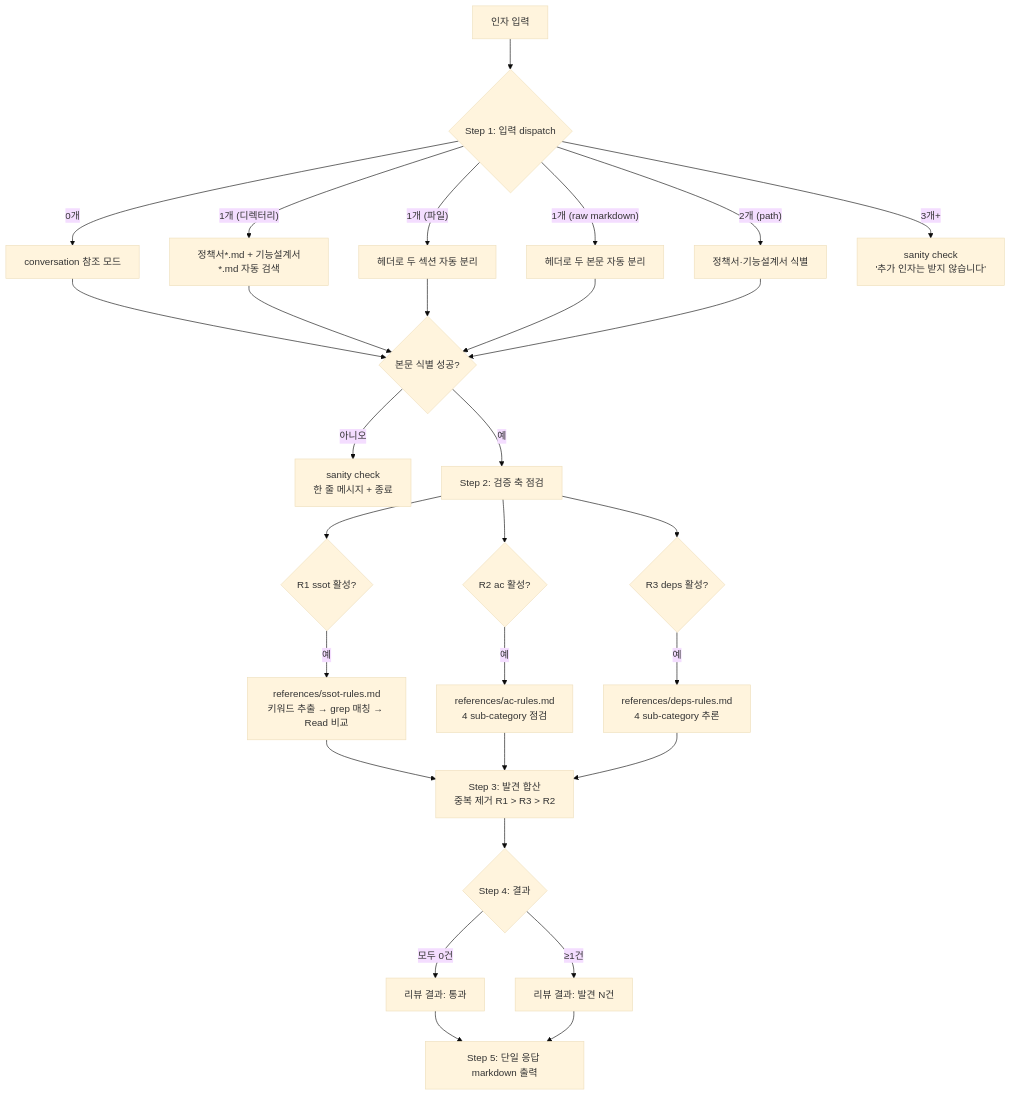
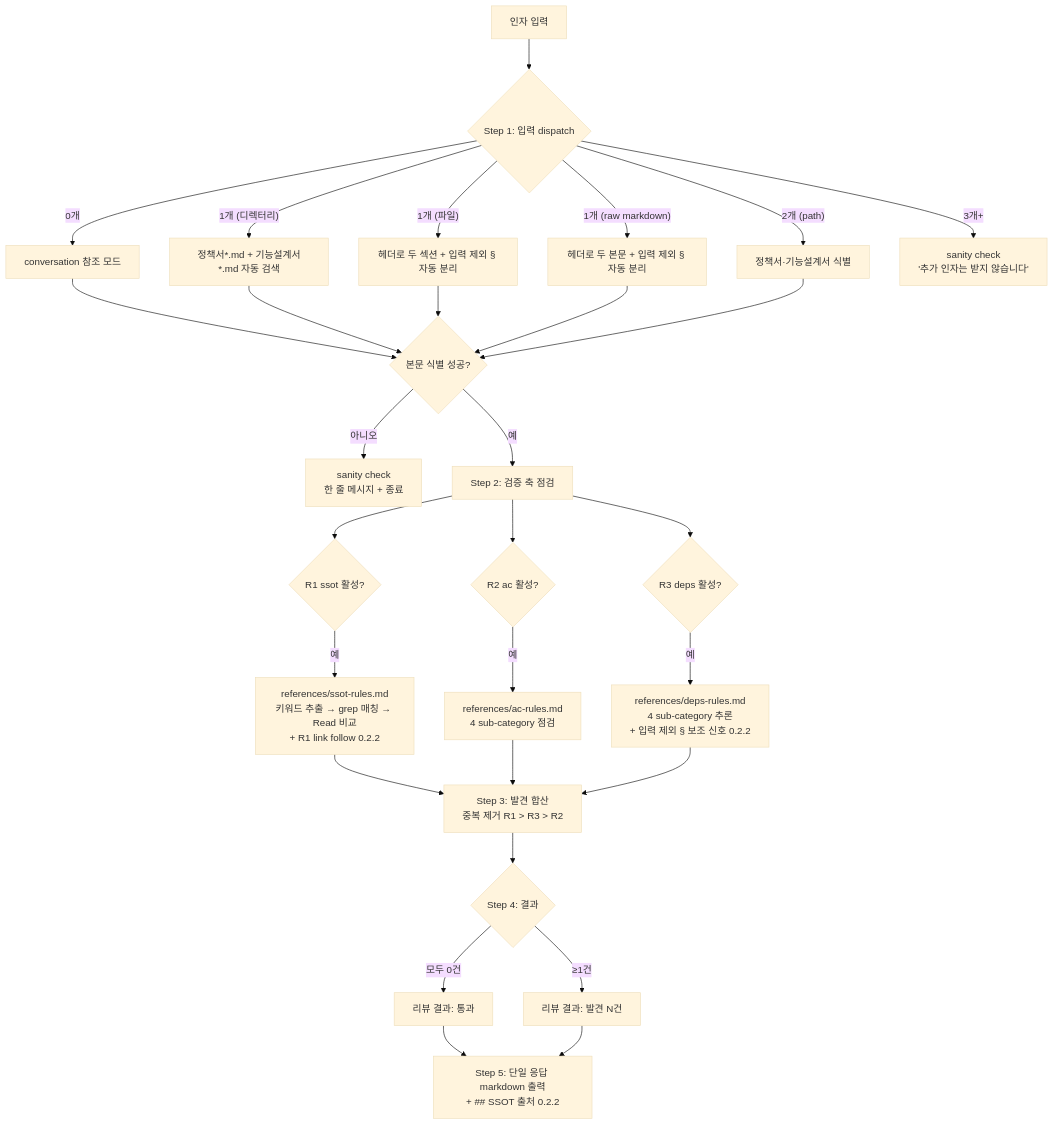
Before and after one commit to inkwonjung-colosseum/plugins: the first of 8 diagrams in planning-kit/docs/planning-review-workflow.md, drawn with Mermaid (base theme). The commit also changed other lines of this file and 9 other files, not shown here.

````diff
--- a/planning-kit/docs/planning-review-workflow.md
+++ b/planning-kit/docs/planning-review-workflow.md
@@ -9,37 +9,37 @@
 ```mermaid
 flowchart TD
   A[인자 입력] --> B{Step 1: 입력 dispatch}
   B -->|0개| BC[conversation 참조 모드]
   B -->|"1개 (디렉터리)"| B1[정책서*.md + 기능설계서*.md 자동 검색]
-  B -->|"1개 (파일)"| B2[헤더로 두 섹션 자동 분리]
-  B -->|"1개 (raw markdown)"| B3[헤더로 두 본문 자동 분리]
+  B -->|"1개 (파일)"| B2[헤더로 두 섹션 + 입력 제외 § 자동 분리]
+  B -->|"1개 (raw markdown)"| B3[헤더로 두 본문 + 입력 제외 § 자동 분리]
   B -->|"2개 (path)"| B4[정책서·기능설계서 식별]
   B -->|3개+| BX["sanity check<br/>'추가 인자는 받지 않습니다'"]
 
   BC --> C{본문 식별 성공?}
   B1 --> C
   B2 --> C
   B3 --> C
   B4 --> C
   C -->|아니오| CX[sanity check<br/>한 줄 메시지 + 종료]
   C -->|예| D[Step 2: 검증 축 점검]
 
   D --> R1{R1 ssot 활성?}
   D --> R2{R2 ac 활성?}
   D --> R3{R3 deps 활성?}
 
-  R1 -->|예| RR1[references/ssot-rules.md<br/>키워드 추출 → grep 매칭 → Read 비교]
+  R1 -->|예| RR1[references/ssot-rules.md<br/>키워드 추출 → grep 매칭 → Read 비교<br/>+ R1 link follow 0.2.2]
   R2 -->|예| RR2[references/ac-rules.md<br/>4 sub-category 점검]
-  R3 -->|예| RR3[references/deps-rules.md<br/>4 sub-category 추론]
+  R3 -->|예| RR3[references/deps-rules.md<br/>4 sub-category 추론<br/>+ 입력 제외 § 보조 신호 0.2.2]
 
   RR1 --> M[Step 3: 발견 합산<br/>중복 제거 R1 > R3 > R2]
   RR2 --> M
   RR3 --> M
 
   M --> N{Step 4: 결과}
   N -->|모두 0건| PASS[리뷰 결과: 통과]
   N -->|≥1건| FOUND[리뷰 결과: 발견 N건]
 
-  PASS --> OUT[Step 5: 단일 응답 markdown 출력]
+  PASS --> OUT[Step 5: 단일 응답 markdown 출력<br/>+ ## SSOT 출처 0.2.2]
   FOUND --> OUT
 ```
````
